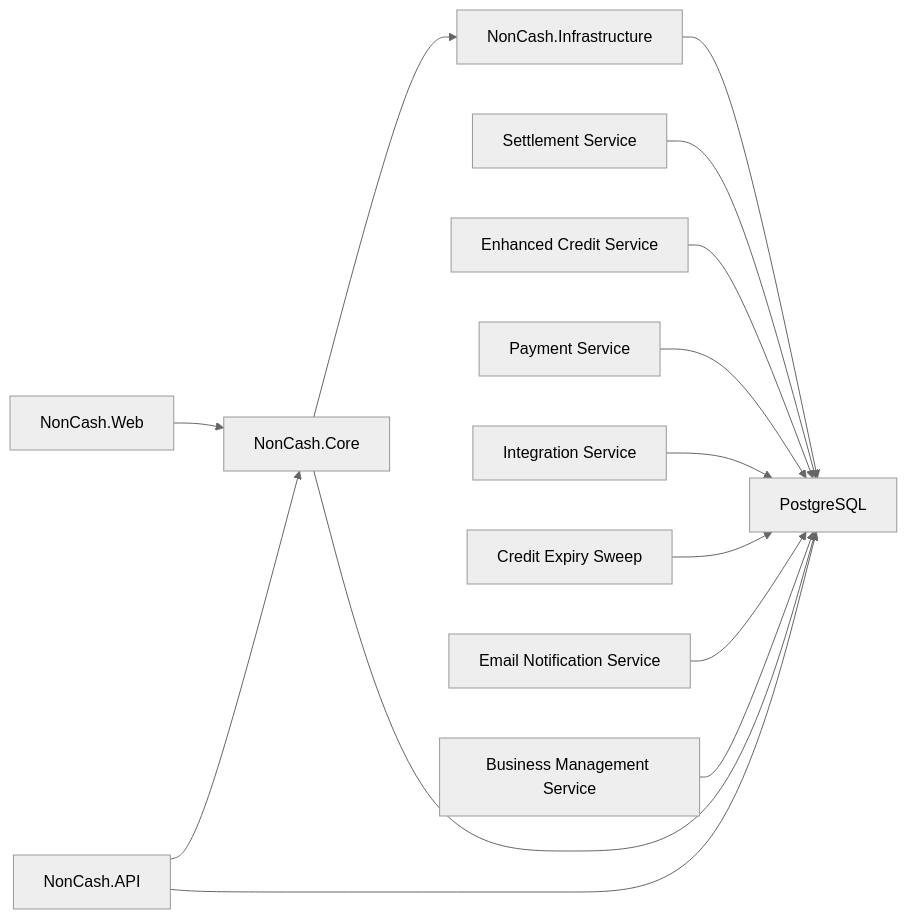
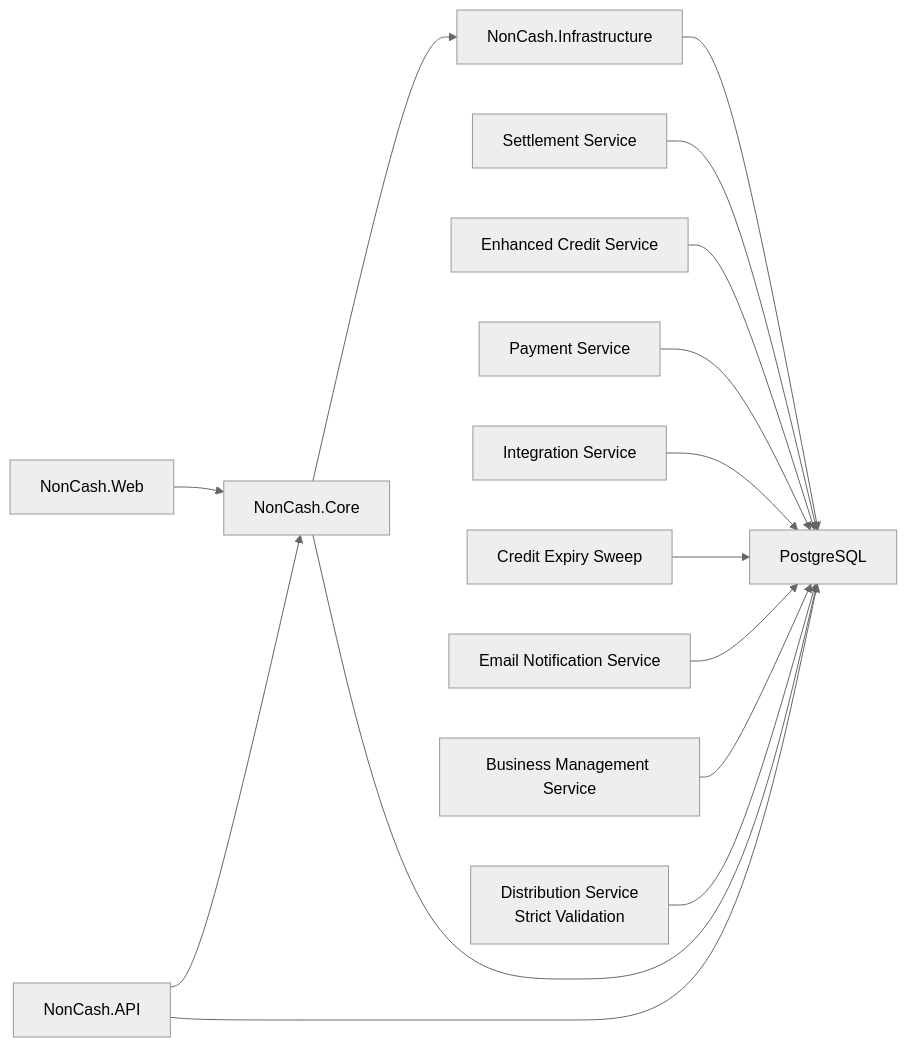
Diagram 25 of 25 in .qoder/repowiki/en/content/Business Logic and Workflows/Business Logic and Workflows.md (lamhongbac/NonCash), drawn with Mermaid (neutral theme) before and after one commit. The commit also changed other lines of this file and 111 other files, not shown here.

````diff
--- a/.qoder/repowiki/en/content/Business Logic and Workflows/Business Logic and Workflows.md
+++ b/.qoder/repowiki/en/content/Business Logic and Workflows/Business Logic and Workflows.md
@@ -1057,16 +1122,17 @@
 ```mermaid
 graph LR
 Web["NonCash.Web"] --> Core["NonCash.Core"]
 API["NonCash.API"] --> Core
 Core --> Infra["NonCash.Infrastructure"]
 Infra --> DB["PostgreSQL"]
 API --> DB
 Core --> DB
 SETTLEMENT["Settlement Service"] --> DB
 CREDIT["Enhanced Credit Service"] --> DB
 PAYMENT["Payment Service"] --> DB
 INTEGRATION["Integration Service"] --> DB
 EXPIRY["Credit Expiry Sweep"] --> DB
 EMAIL["Email Notification Service"] --> DB
 BUSINESS["Business Management Service"] --> DB
+DISTRIBUTION["Distribution Service<br/>Strict Validation"] --> DB
 ```
````
